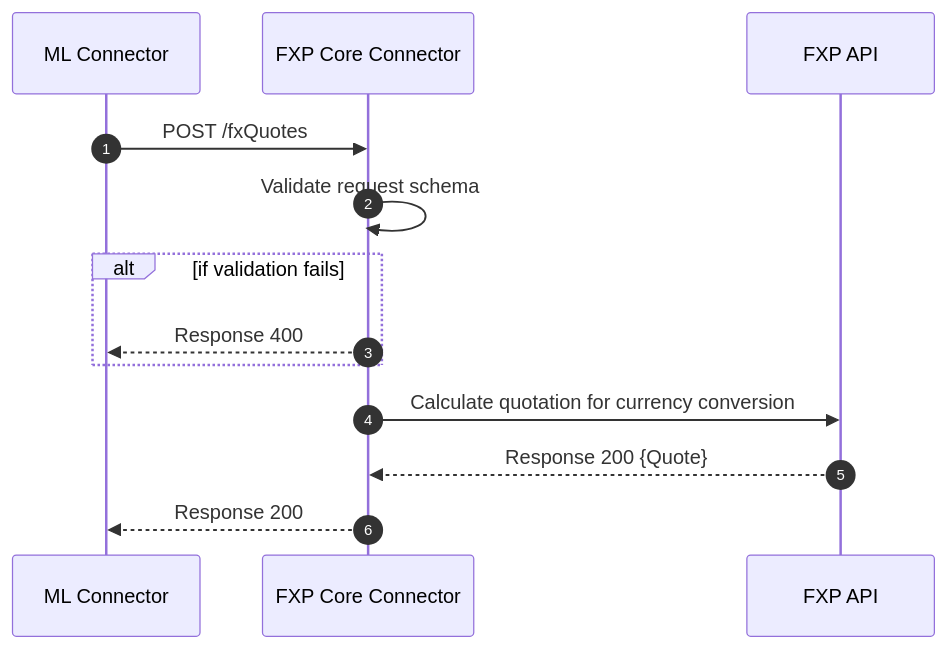
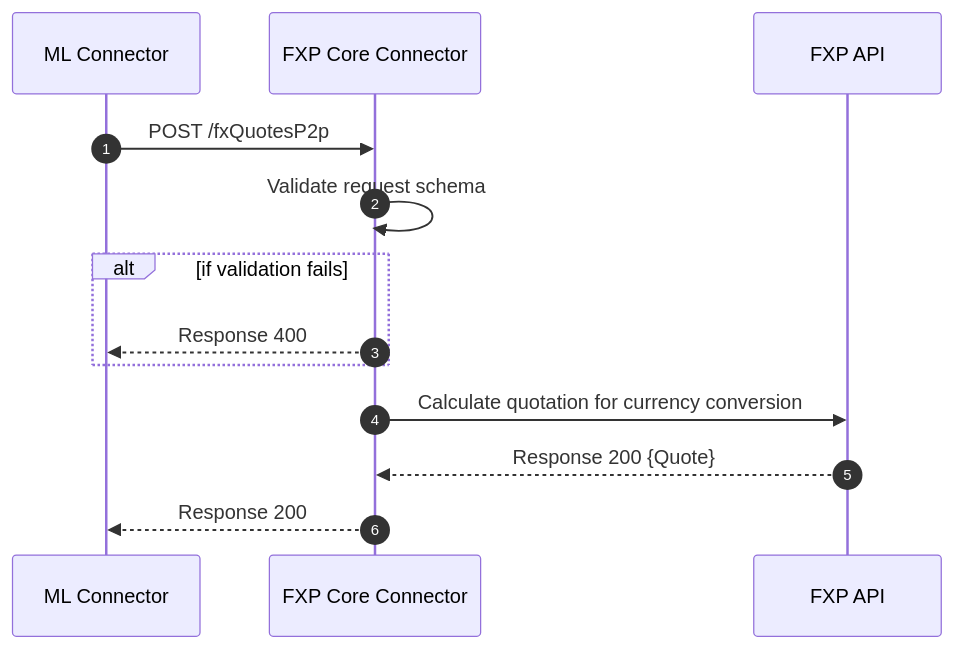
The first of 2 diagrams in packages/core-connector-lib/docs/fxp/fxp-fxQuotes.md (mojaloop/ml-reference-connectors), drawn with Mermaid before and after one commit. The commit also changed other lines of this file and 88 other files, not shown here.

Commit message:
feat: implemented connector lib for fxp and dfsp connectors

````diff
--- a/packages/core-connector-lib/docs/fxp/fxp-fxQuotes.md
+++ b/packages/core-connector-lib/docs/fxp/fxp-fxQuotes.md
@@ -5,12 +12,12 @@
 ```mermaid
 sequenceDiagram
     autonumber
-    ML Connector ->> FXP Core Connector: POST /fxQuotes
+    ML Connector ->> FXP Core Connector: POST /fxQuotesP2p
     FXP Core Connector ->> FXP Core Connector: Validate request schema
     Alt if validation fails
     FXP Core Connector -->> ML Connector: Response 400
     End
     FXP Core Connector ->> FXP API: Calculate quotation for currency conversion
     FXP API -->> FXP Core Connector: Response 200 {Quote}
     FXP Core Connector -->> ML Connector: Response 200
 ```
````
